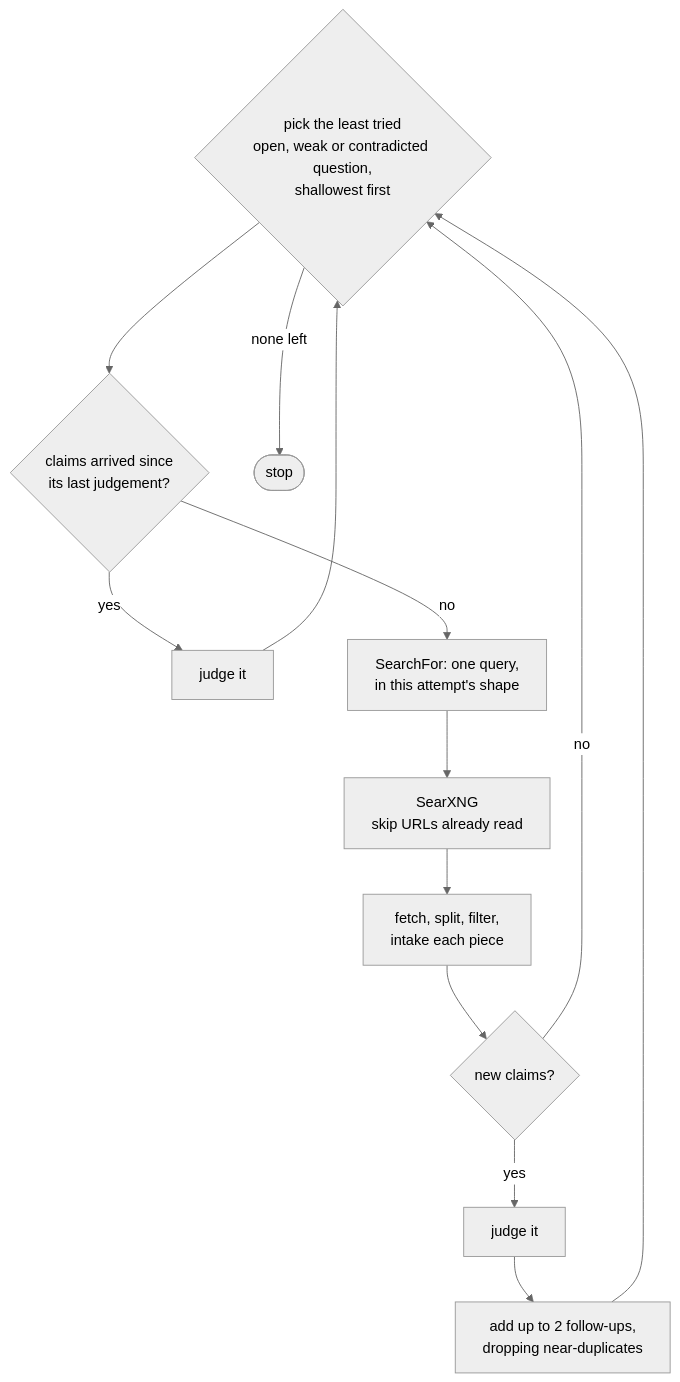
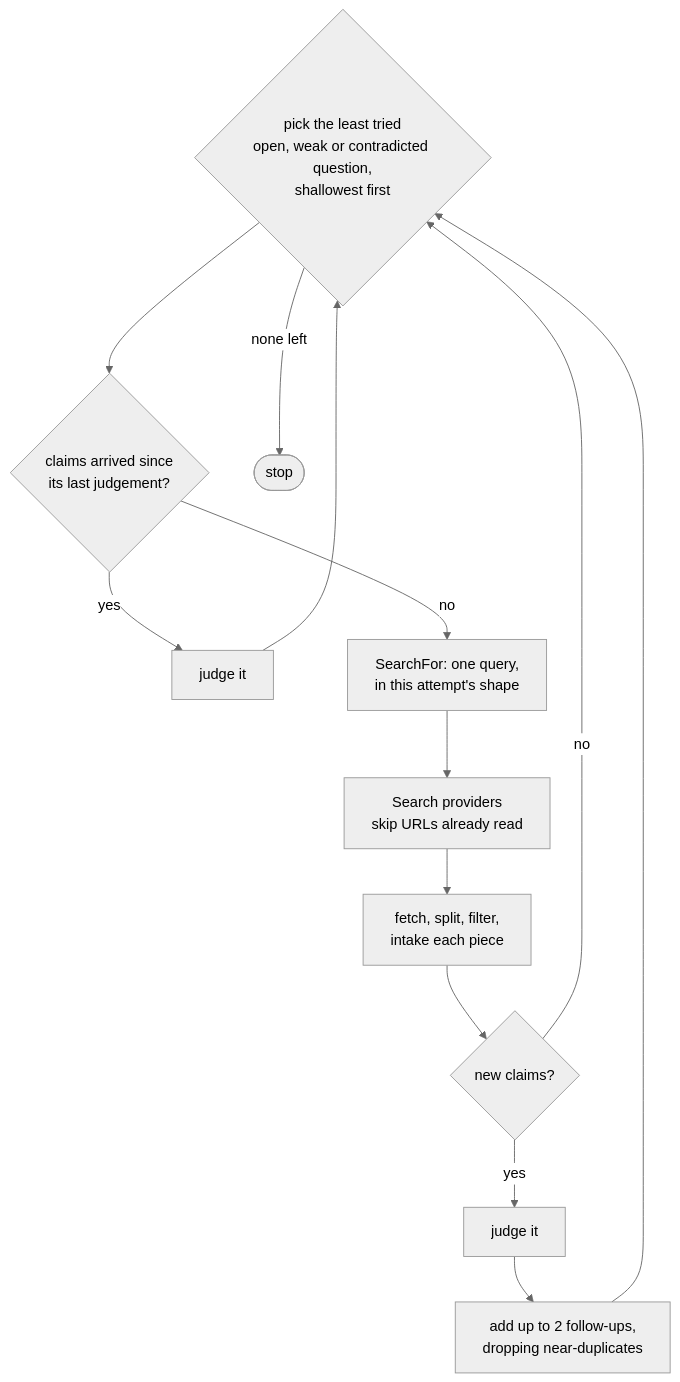
Before and after one commit to brewcoua/kvasir: the second of 5 diagrams in docs/research.md, drawn with Mermaid (neutral theme). The commit also changed other lines of this file and 3 other files, not shown here.

Commit message:
docs(search): describe the search providers and clearing a block

````diff
--- a/docs/research.md
+++ b/docs/research.md
@@ -99,20 +99,20 @@
 ```mermaid
 flowchart TD
     pick{"pick the least tried<br/>open, weak or contradicted question,<br/>shallowest first"}
     stale{"claims arrived since<br/>its last judgement?"}
     judge1["judge it"]
     query["SearchFor: one query,<br/>in this attempt's shape"]
-    search["SearXNG<br/>skip URLs already read"]
+    search["Search providers<br/>skip URLs already read"]
     read["fetch, split, filter,<br/>intake each piece"]
     new{"new claims?"}
     judge2["judge it"]
     follow["add up to 2 follow-ups,<br/>dropping near-duplicates"]
     stop(["stop"])
 
     pick -- none left --> stop
     pick --> stale
     stale -- yes --> judge1 --> pick
     stale -- no --> query --> search --> read --> new
     new -- yes --> judge2 --> follow --> pick
     new -- no --> pick
 ```
````
